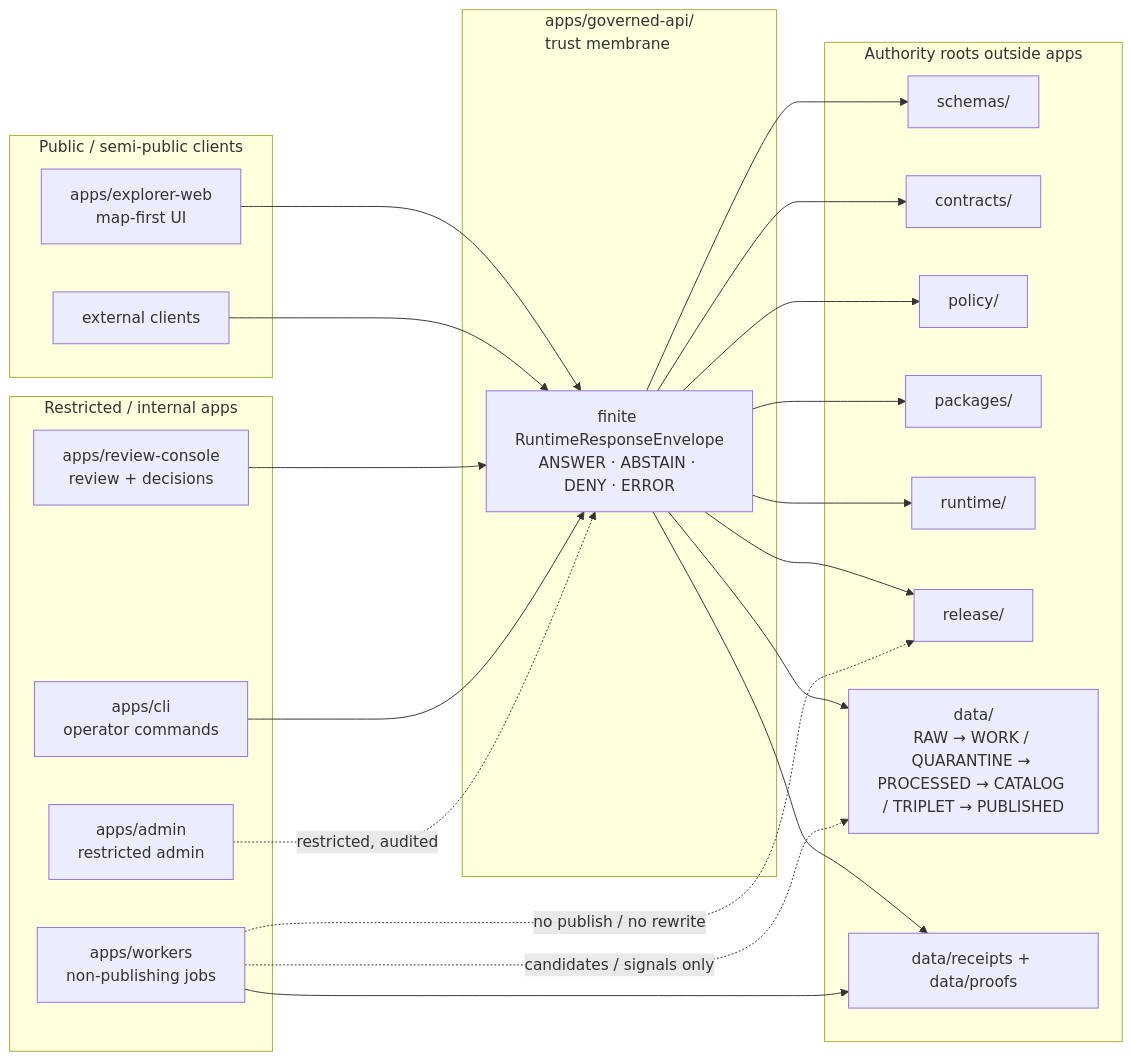
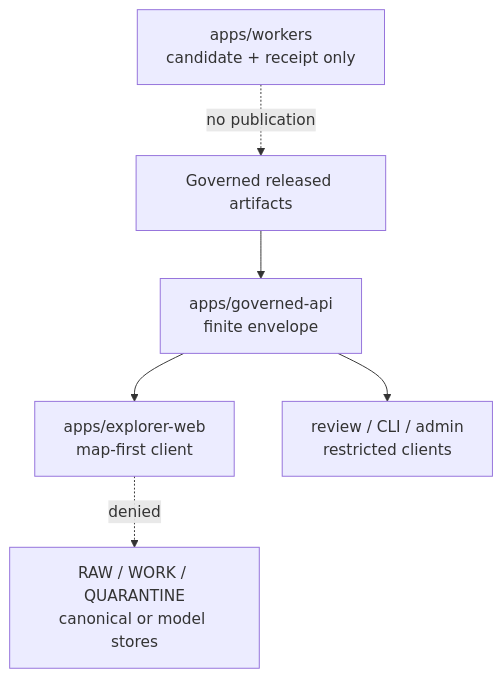
The diagram in apps/README.md (bartytime4life/Kansas-Frontier-Matrix), drawn with Mermaid before and after one commit. The commit also changed other lines of this file and 1 other file, not shown here.

Commit message:
docs(apps): reconcile root workflow contract

````diff
--- a/apps/README.md
+++ b/apps/README.md
@@ -304,48 +143,8 @@
 ```mermaid
-flowchart LR
-    subgraph Public["Public / semi-public clients"]
-        EW["apps/explorer-web\nmap-first UI"]
-        EXT["external clients"]
-    end
-
-    subgraph Trust["apps/governed-api/\ntrust membrane"]
-        GAPI["finite RuntimeResponseEnvelope\nANSWER · ABSTAIN · DENY · ERROR"]
-    end
-
-    subgraph Restricted["Restricted / internal apps"]
-        RC["apps/review-console\nreview + decisions"]
-        CLI["apps/cli\noperator commands"]
-        ADM["apps/admin\nrestricted admin"]
-        WK["apps/workers\nnon-publishing jobs"]
-    end
-
-    subgraph Authority["Authority roots outside apps"]
-        SCH["schemas/"]
-        CON["contracts/"]
-        POL["policy/"]
-        PKG["packages/"]
-        RT["runtime/"]
-        REL["release/"]
-        DATA["data/\nRAW → WORK / QUARANTINE → PROCESSED → CATALOG / TRIPLET → PUBLISHED"]
-        REC["data/receipts + data/proofs"]
-    end
-
-    EW --> GAPI
-    EXT --> GAPI
-    RC --> GAPI
-    CLI --> GAPI
-    ADM -. "restricted, audited" .-> GAPI
-
-    GAPI --> SCH
-    GAPI --> CON
-    GAPI --> POL
-    GAPI --> PKG
-    GAPI --> RT
-    GAPI --> REL
-    GAPI --> DATA
-    GAPI --> REC
-
-    WK --> REC
-    WK -. "candidates / signals only" .-> DATA
-    WK -. "no publish / no rewrite" .-> REL
+flowchart TD
+    release["Governed released artifacts"] --> api["apps/governed-api<br/>finite envelope"]
+    api --> explorer["apps/explorer-web<br/>map-first client"]
+    api --> internal["review / CLI / admin<br/>restricted clients"]
+    workers["apps/workers<br/>candidate + receipt only"] -. "no publication" .-> release
+    explorer -. "denied" .-> stores["RAW / WORK / QUARANTINE<br/>canonical or model stores"]
 ```
````
